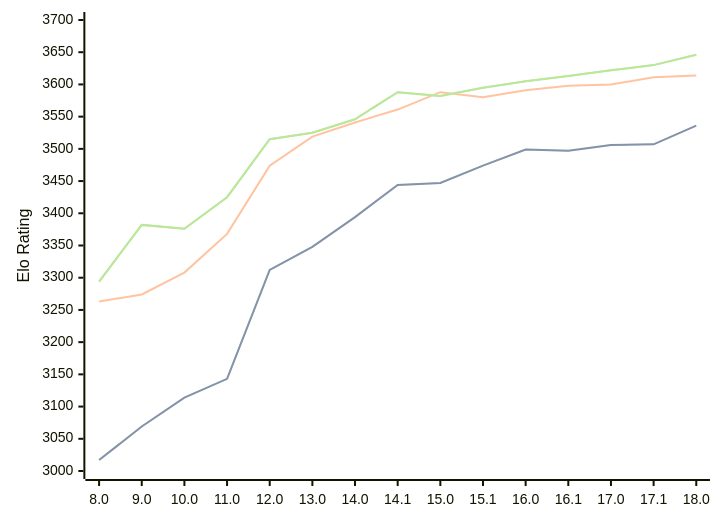
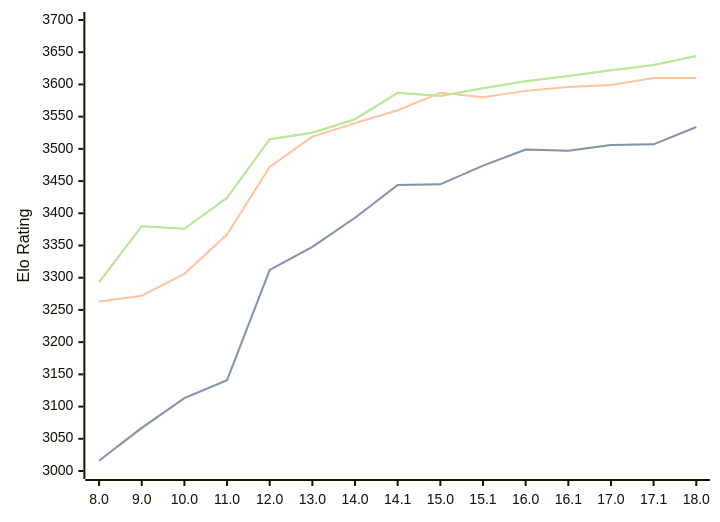
One commit to computer-chess-index/cci changed the diagram in engines/Stockfish.md. Above: the diagram before and after it, drawn with Mermaid. The commit also changed other lines of this file, not shown here.

Commit message:
Update CCI Ratings (ELO VLTC) - 2026-03-30

````diff
--- a/engines/Stockfish.md
+++ b/engines/Stockfish.md
@@ -46,11 +46,11 @@
 ```mermaid
 %%{init: {"theme":"base","themeVariables":{"seriesColors:['#a3a3a3','#222221','#faa371']}}}%%
 xychart-beta
   x-axis ["8.0", "9.0", "10.0", "11.0", "12.0", "13.0", "14.0", "14.1", "15.0", "15.1", "16.0", "16.1", "17.0", "17.1", "18.0"]
   y-axis "Elo Rating" 3000 --> 3700
-  line "STC (8.0+0.08s)" [3017, 3069, 3114, 3143, 3312, 3348, 3394, 3444, 3447, 3474, 3499, 3497, 3506, 3507, 3536]
-  line "STC (8.0+0.08s)" [3017, 3069, 3114, 3143, 3312, 3348, 3394, 3444, 3447, 3474, 3499, 3497, 3506, 3507, 3536]
-  line "LTC (60.0+0.60s)" [3263, 3274, 3308, 3368, 3474, 3519, 3541, 3561, 3588, 3580, 3591, 3598, 3600, 3611, 3614]
-  line "VLTC (2m24s+1.12s)" [3294, 3382, 3376, 3425, 3515, 3525, 3546, 3588, 3582, 3595, 3605, 3613, 3622, 3630, 3646]
-  line "VLTC (2m24s+1.12s)" [3294, 3382, 3376, 3425, 3515, 3525, 3546, 3588, 3582, 3595, 3605, 3613, 3622, 3630, 3646]
+  line "STC (8.0+0.08s)" [3016, 3067, 3113, 3141, 3312, 3348, 3393, 3444, 3445, 3474, 3499, 3497, 3506, 3507, 3534]
+  line "STC (8.0+0.08s)" [3016, 3067, 3113, 3141, 3312, 3348, 3393, 3444, 3445, 3474, 3499, 3497, 3506, 3507, 3534]
+  line "LTC (60.0+0.60s)" [3263, 3272, 3306, 3367, 3472, 3519, 3540, 3560, 3587, 3580, 3590, 3596, 3599, 3610, 3610]
+  line "VLTC (2m24s+1.12s)" [3293, 3380, 3376, 3424, 3515, 3525, 3546, 3587, 3582, 3594, 3605, 3613, 3622, 3630, 3644]
+  line "VLTC (2m24s+1.12s)" [3293, 3380, 3376, 3424, 3515, 3525, 3546, 3587, 3582, 3594, 3605, 3613, 3622, 3630, 3644]
 ```
````
